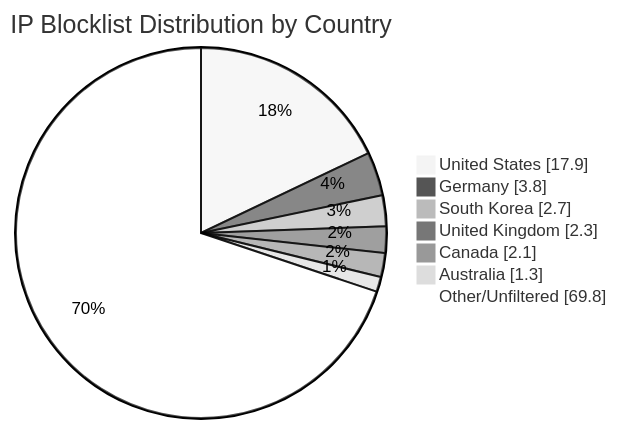
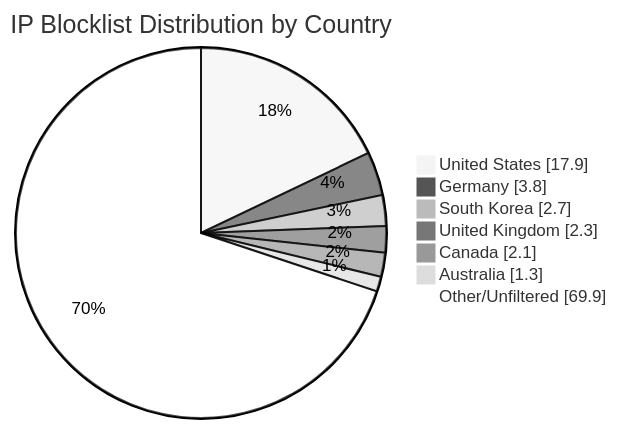
The diagram in README.md (MarcusHoltz/ipblocklist-geofiltered-aggregator), drawn with Mermaid (neutral theme) before and after one commit. The commit also changed other lines of this file and 9 other files, not shown here.

````diff
--- a/README.md
+++ b/README.md
@@ -34,10 +34,10 @@
 ```mermaid
 pie showData title IP Blocklist Distribution by Country
 "United States" : 17.9
 "Germany" : 3.8
 "South Korea" : 2.7
 "United Kingdom" : 2.3
 "Canada" : 2.1
 "Australia" : 1.3
-"Other/Unfiltered" : 69.8
+"Other/Unfiltered" : 69.9
 ```
````
